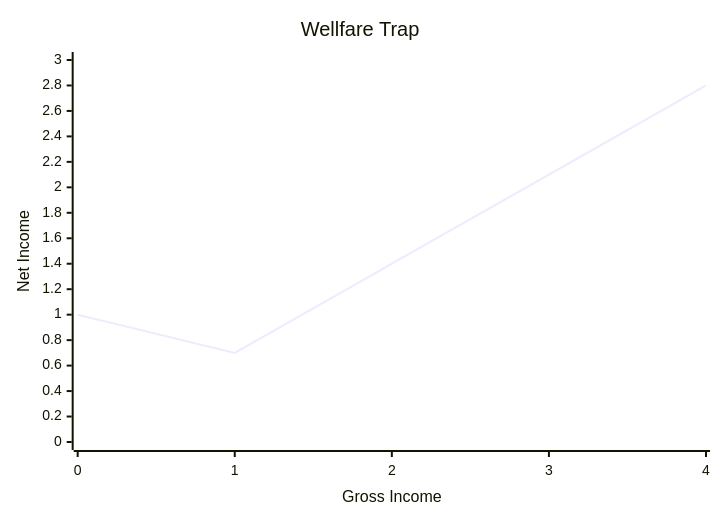
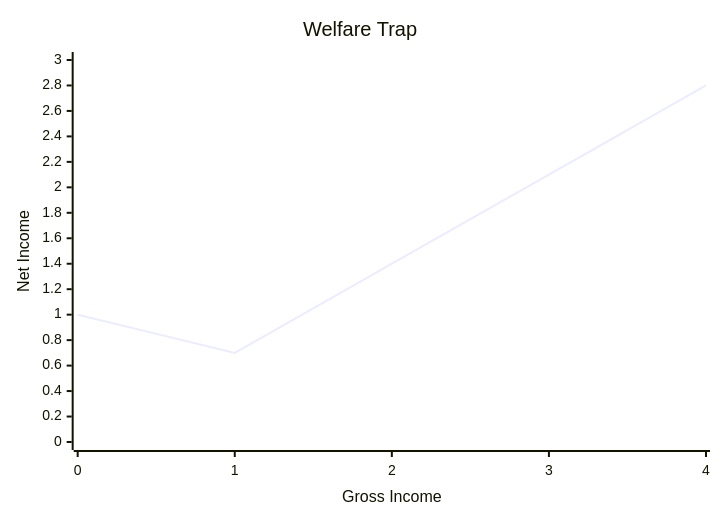
The first of 4 diagrams in notes/economy/justice.md (sergey-shandar/public), drawn with Mermaid before and after one commit. The commit also changed other lines of this file, not shown here.

````diff
--- a/notes/economy/justice.md
+++ b/notes/economy/justice.md
@@ -14,7 +14,7 @@
 ```mermaid
 xychart-beta
-    title "Wellfare Trap"
+    title "Welfare Trap"
     x-axis "Gross Income" [0, 1, 2, 3, 4]
     y-axis "Net Income" 0 --> 3
     line [1, 0.7, 1.4, 2.1, 2.8]
 ```
````
